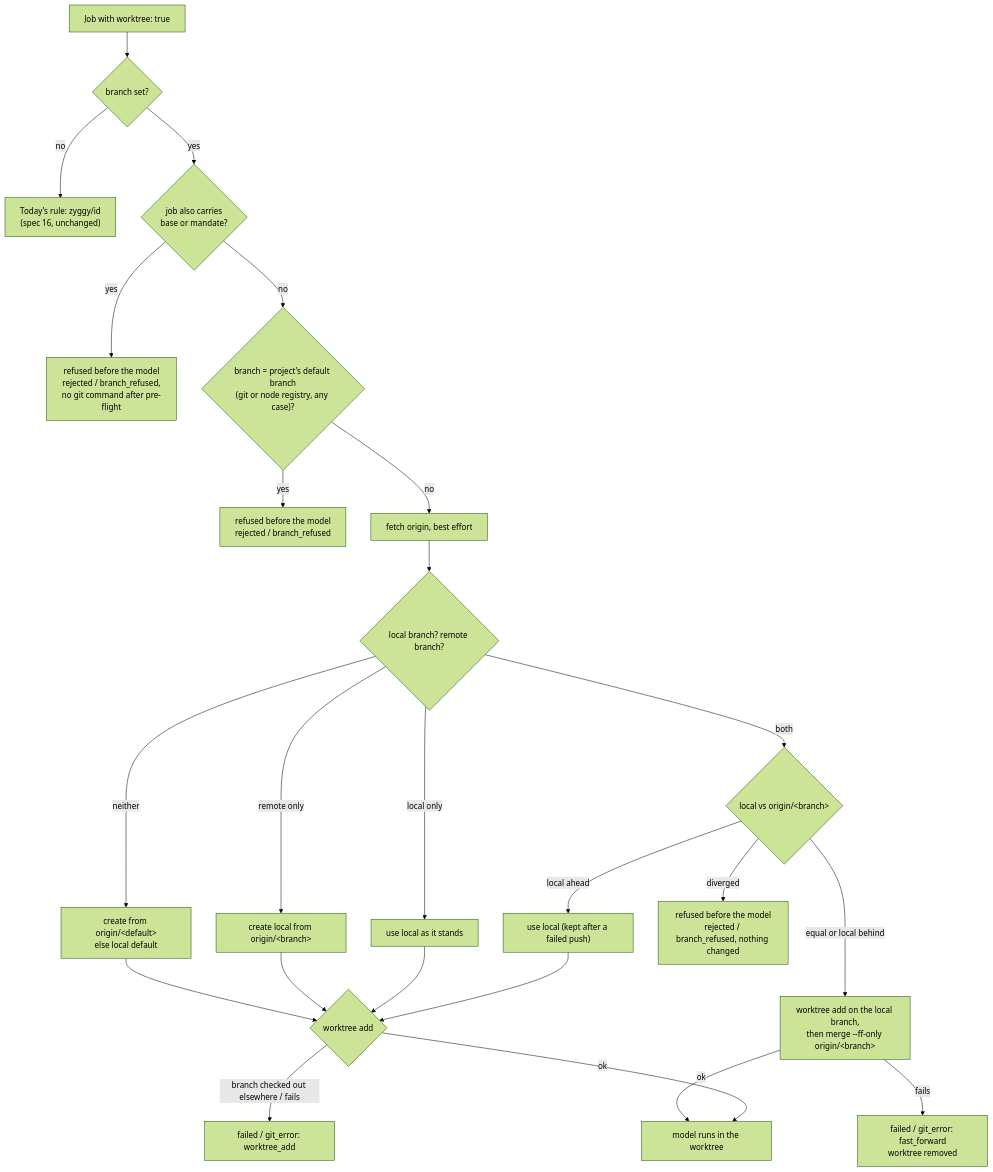
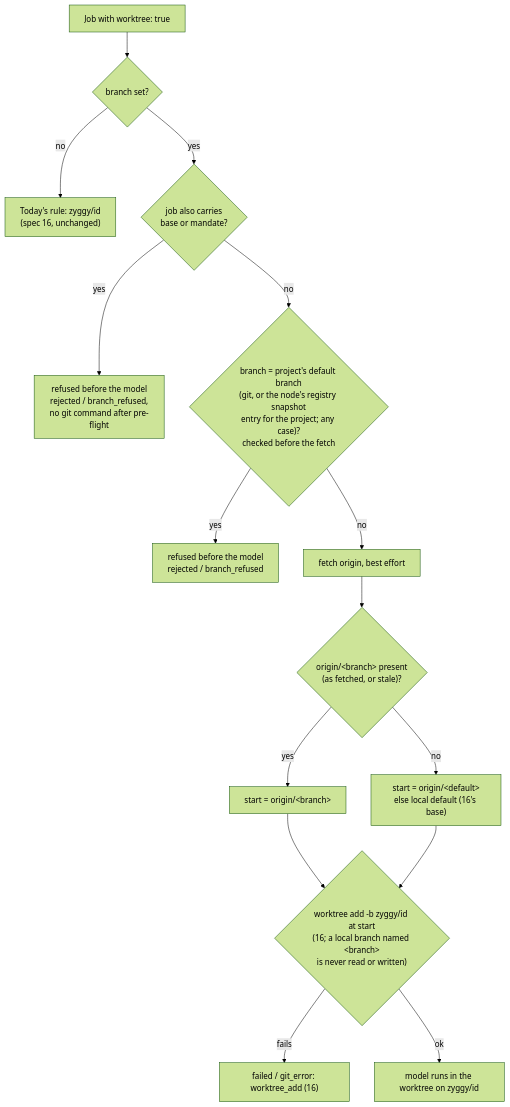
The third of 5 diagrams in _specs/53-job-branch-name.md (zyggy-org/zyggy), drawn with Mermaid (forest theme) before and after one commit. The commit also changed other lines of this file, not shown here.

Commit message:
zyggy job 01M7N170DQGWZ3K4GNZR2N5KK7

````diff
--- a/_specs/53-job-branch-name.md
+++ b/_specs/53-job-branch-name.md
@@ -107,26 +116,17 @@
 ```mermaid
 flowchart TD
   start[Job with worktree: true] --> named{branch set?}
   named -- no --> today["Today's rule: zyggy/id<br/>(spec 16, unchanged)"]
   named -- yes --> mand{"job also carries<br/>base or mandate?"}
   mand -- yes --> refuse0["refused before the model<br/>rejected / branch_refused,<br/>no git command after pre-flight"]
-  mand -- no --> dflt{"branch = project's default branch<br/>(git or node registry, any case)?"}
+  mand -- no --> dflt{"branch = project's default branch<br/>(git, or the node's registry snapshot<br/>entry for the project; any case)?<br/>checked before the fetch"}
   dflt -- yes --> refuse1["refused before the model<br/>rejected / branch_refused"]
   dflt -- no --> fetch[fetch origin, best effort]
-  fetch --> where{"local branch? remote branch?"}
-  where -- neither --> create["create from origin/&lt;default&gt;<br/>else local default"]
-  where -- remote only --> fromremote["create local from origin/&lt;branch&gt;"]
-  where -- local only --> uselocal["use local as it stands"]
-  where -- both --> rel{"local vs origin/&lt;branch&gt;"}
-  rel -- equal or local behind --> ff["worktree add on the local branch,<br/>then merge --ff-only origin/&lt;branch&gt;"]
-  ff -- fails --> refuse4["failed / git_error: fast_forward<br/>worktree removed"]
-  ff -- ok --> run
-  rel -- local ahead --> keep["use local (kept after a failed push)"]
-  rel -- diverged --> refuse2["refused before the model<br/>rejected / branch_refused, nothing changed"]
-  create --> add{"worktree add"}
-  fromremote --> add
-  uselocal --> add
-  keep --> add
-  add -- branch checked out elsewhere / fails --> refuse3["failed / git_error: worktree_add"]
-  add -- ok --> run[model runs in the worktree]
+  fetch --> where{"origin/&lt;branch&gt; present<br/>(as fetched, or stale)?"}
+  where -- yes --> fromremote["start = origin/&lt;branch&gt;"]
+  where -- no --> fromdefault["start = origin/&lt;default&gt;<br/>else local default (16's base)"]
+  fromremote --> add{"worktree add -b zyggy/id at start<br/>(16; a local branch named &lt;branch&gt;<br/>is never read or written)"}
+  fromdefault --> add
+  add -- fails --> refuse3["failed / git_error: worktree_add (16)"]
+  add -- ok --> run[model runs in the worktree on zyggy/id]
 ```
````
